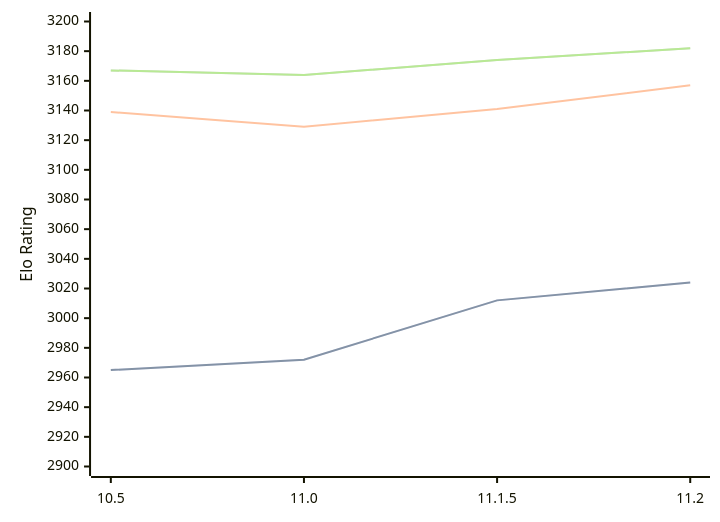
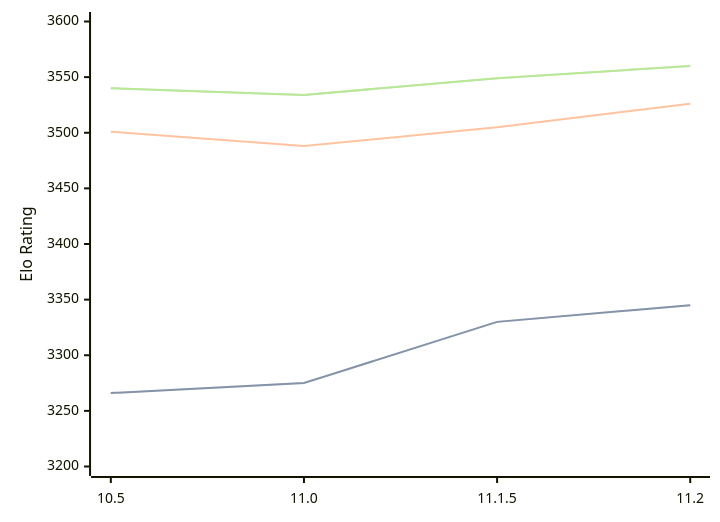
One commit to computer-chess-index/cci changed the diagram in engines/Lizard.md. Above: the diagram before and after it, drawn with Mermaid. The commit also changed other lines of this file, not shown here.

Commit message:
Update CCI Ratings (ELO VLTC) - 2026-02-24

````diff
--- a/engines/Lizard.md
+++ b/engines/Lizard.md
@@ -43,11 +44,11 @@
 ```mermaid
 %%{init: {"theme":"base","themeVariables":{"seriesColors:['#a3a3a3','#222221','#faa371']}}}%%
 xychart-beta
   x-axis ["10.5", "11.0", "11.1.5", "11.2"]
-  y-axis "Elo Rating" 2900 --> 3200
-  line "STC (8.0+0.08s)" [2965, 2972, 3012, 3024]
-  line "STC (8.0+0.08s)" [2965, 2972, 3012, 3024]
-  line "LTC (60.0+0.60s)" [3139, 3129, 3141, 3157]
-  line "VLTC (2m24s+1.12s)" [3167, 3164, 3174, 3182]
-  line "VLTC (2m24s+1.12s)" [3167, 3164, 3174, 3182]
+  y-axis "Elo Rating" 3200 --> 3600
+  line "STC (8.0+0.08s)" [3266, 3275, 3330, 3345]
+  line "STC (8.0+0.08s)" [3266, 3275, 3330, 3345]
+  line "LTC (60.0+0.60s)" [3501, 3488, 3505, 3526]
+  line "VLTC (2m24s+1.12s)" [3540, 3534, 3549, 3560]
+  line "VLTC (2m24s+1.12s)" [3540, 3534, 3549, 3560]
 ```
````
